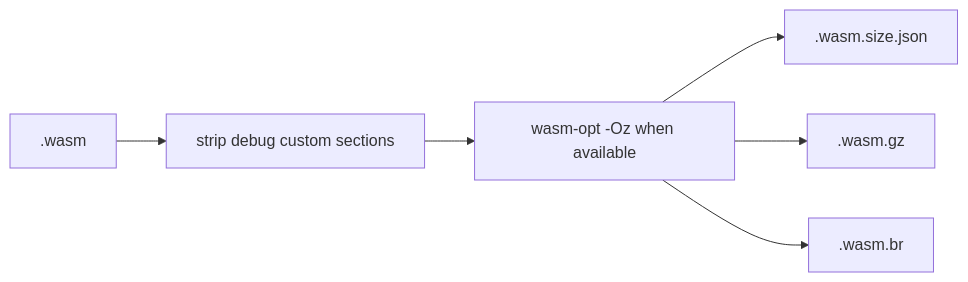
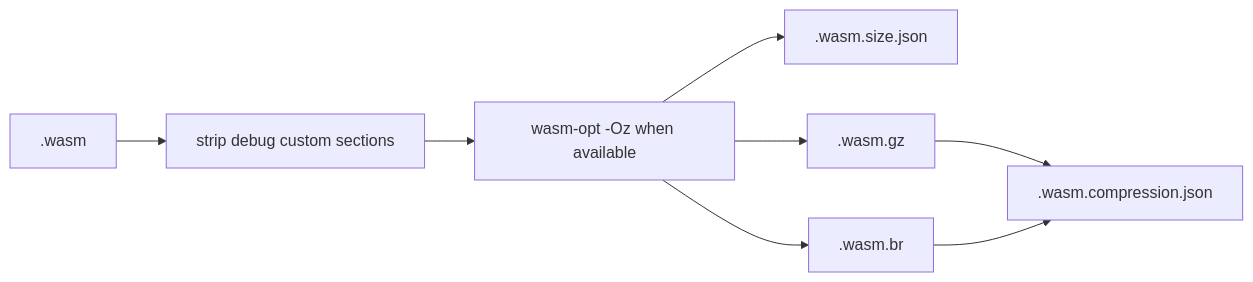
The sixth of 8 diagrams in Sources/SwiftWebCLI/README.md (1amageek/swift-web), drawn with Mermaid before and after one commit. The commit also changed other lines of this file and 15 other files, not shown here.

````diff
--- a/Sources/SwiftWebCLI/README.md
+++ b/Sources/SwiftWebCLI/README.md
@@ -125,8 +125,10 @@
 ```mermaid
 flowchart LR
   A[".wasm"] --> B["strip debug custom sections"]
   B --> C["wasm-opt -Oz when available"]
   C --> D[".wasm.size.json"]
   C --> E[".wasm.gz"]
   C --> F[".wasm.br"]
+  E --> G[".wasm.compression.json"]
+  F --> G
 ```
````
